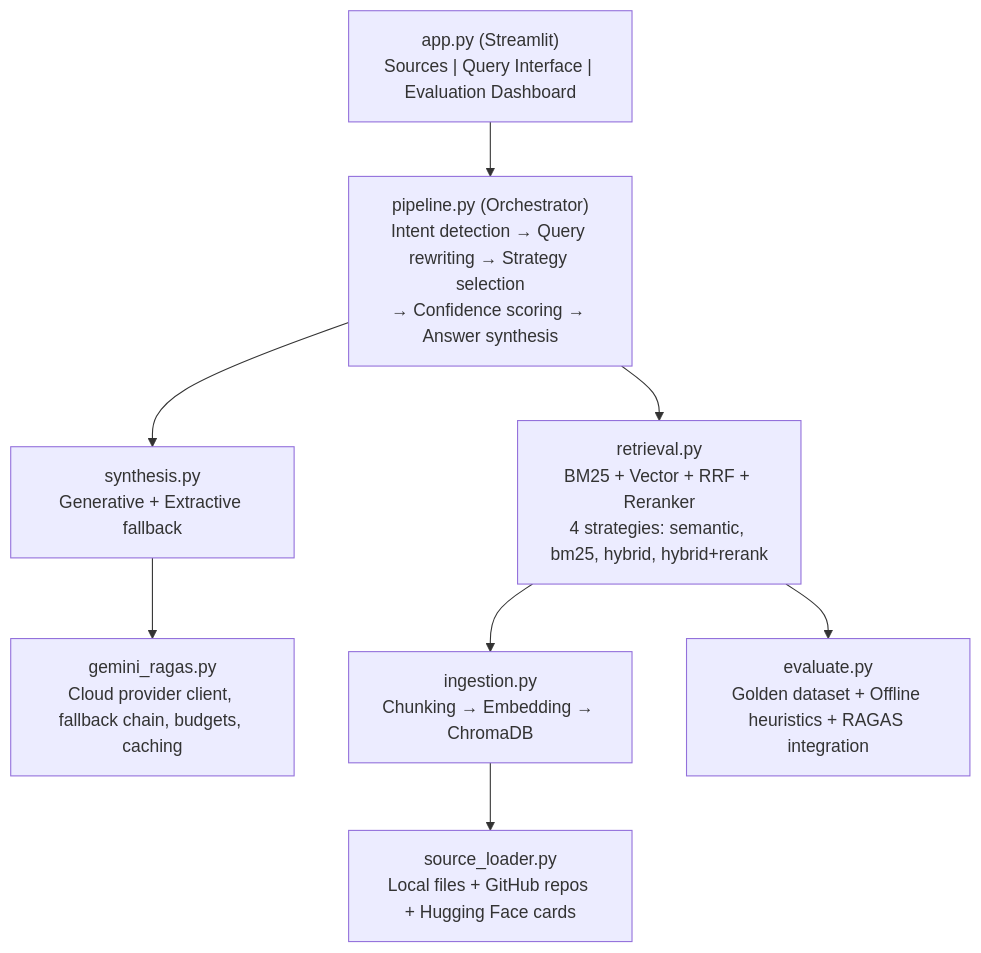
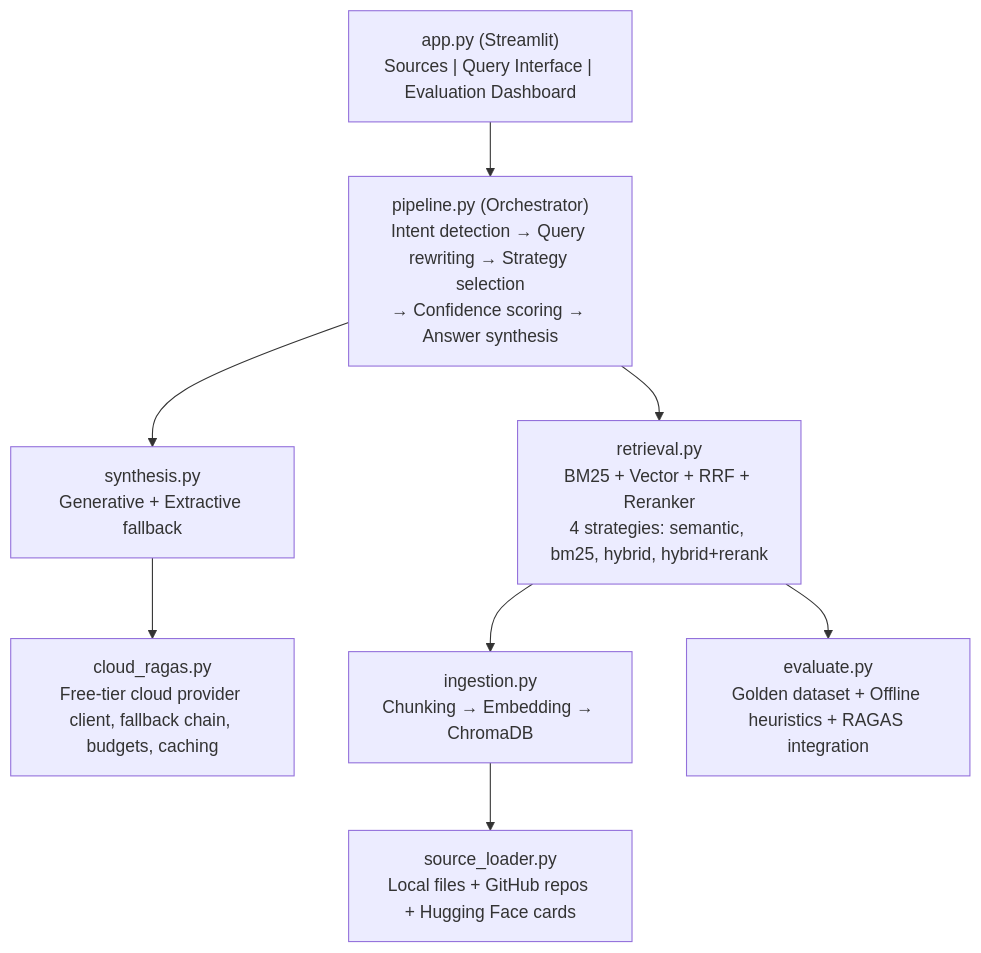
The diagram in README.md (Shizu0n/Advanced-RAG), drawn with Mermaid before and after one commit. The commit also changed other lines of this file and 10 other files, not shown here.

Commit message:
refactor: generalize cloud RAGAS providers

````diff
--- a/README.md
+++ b/README.md
@@ -26,19 +26,19 @@
 ```mermaid
 flowchart TD
     APP["app.py (Streamlit)<br/>Sources | Query Interface | Evaluation Dashboard"]
     PIPE["pipeline.py (Orchestrator)<br/>Intent detection → Query rewriting → Strategy selection<br/>→ Confidence scoring → Answer synthesis"]
     RET["retrieval.py<br/>BM25 + Vector + RRF + Reranker<br/>4 strategies: semantic, bm25, hybrid, hybrid+rerank"]
     SYN["synthesis.py<br/>Generative + Extractive fallback"]
-    GEM["gemini_ragas.py<br/>Cloud provider client, fallback chain, budgets, caching"]
+    CLOUD["cloud_ragas.py<br/>Free-tier cloud provider client, fallback chain, budgets, caching"]
     ING["ingestion.py<br/>Chunking → Embedding → ChromaDB"]
     SRC["source_loader.py<br/>Local files + GitHub repos + Hugging Face cards"]
     EVA["evaluate.py<br/>Golden dataset + Offline heuristics + RAGAS integration"]
 
     APP --> PIPE
     PIPE --> RET
     PIPE --> SYN
-    SYN --> GEM
+    SYN --> CLOUD
     RET --> ING
     ING --> SRC
     RET --> EVA
 ```
````
